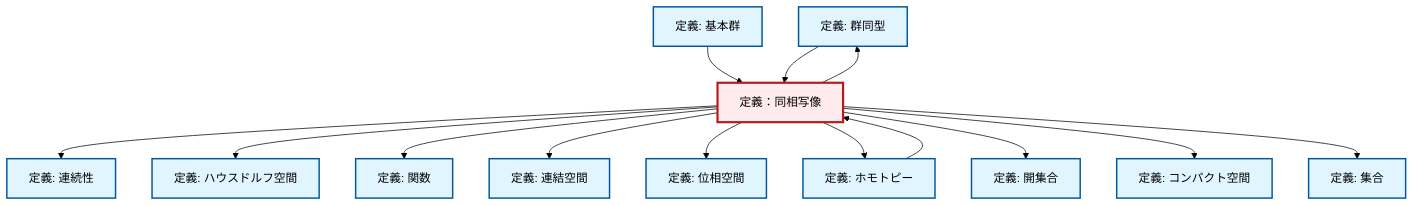
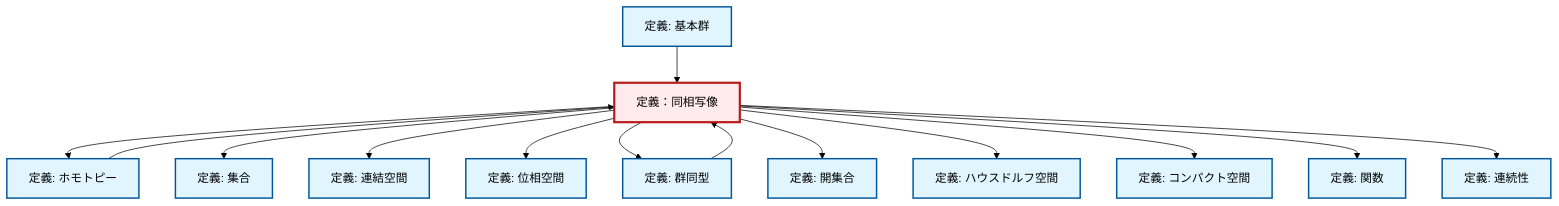
Before and after one commit to RK0429/ModernMath: the diagram in content/ja/topology/def-homeomorphism.qmd, drawn with Mermaid (forest theme). The commit also changed 672 other files, not shown here.

````diff
--- a/content/ja/topology/def-homeomorphism.qmd
+++ b/content/ja/topology/def-homeomorphism.qmd
@@ -104,46 +104,46 @@
 ```{mermaid}
-%%| fig-cap: "Local dependency graph"
+%%| fig-cap: "ローカル依存関係グラフ"
 graph TD
     classDef definition fill:#e1f5fe,stroke:#01579b,stroke-width:2px
     classDef theorem fill:#f3e5f5,stroke:#4a148c,stroke-width:2px
     classDef axiom fill:#fff3e0,stroke:#e65100,stroke-width:2px
     classDef example fill:#e8f5e9,stroke:#1b5e20,stroke-width:2px
     classDef current fill:#ffebee,stroke:#b71c1c,stroke-width:3px
+    def-set["定義: 集合"]:::definition
+    def-topological-space["定義: 位相空間"]:::definition
+    def-compact["定義: コンパクト空間"]:::definition
+    def-homeomorphism["定義：同相写像"]:::definition
     def-isomorphism["定義: 群同型"]:::definition
-    def-fundamental-group["定義: 基本群"]:::definition
-    def-connected["定義: 連結空間"]:::definition
+    def-function["定義: 関数"]:::definition
     def-homotopy["定義: ホモトピー"]:::definition
     def-open-set["定義: 開集合"]:::definition
-    def-set["定義: 集合"]:::definition
-    def-homeomorphism["定義：同相写像"]:::definition
+    def-fundamental-group["定義: 基本群"]:::definition
     def-continuity["定義: 連続性"]:::definition
-    def-function["定義: 関数"]:::definition
-    def-compact["定義: コンパクト空間"]:::definition
-    def-topological-space["定義: 位相空間"]:::definition
     def-hausdorff["定義: ハウスドルフ空間"]:::definition
-    def-homeomorphism --> def-continuity
-    def-homeomorphism --> def-hausdorff
-    def-homeomorphism --> def-function
-    def-fundamental-group --> def-homeomorphism
-    def-homotopy --> def-homeomorphism
+    def-connected["定義: 連結空間"]:::definition
+    def-homeomorphism --> def-homotopy
+    def-homeomorphism --> def-set
     def-isomorphism --> def-homeomorphism
     def-homeomorphism --> def-connected
     def-homeomorphism --> def-topological-space
-    def-homeomorphism --> def-homotopy
     def-homeomorphism --> def-isomorphism
     def-homeomorphism --> def-open-set
+    def-homeomorphism --> def-hausdorff
+    def-fundamental-group --> def-homeomorphism
     def-homeomorphism --> def-compact
-    def-homeomorphism --> def-set
+    def-homotopy --> def-homeomorphism
+    def-homeomorphism --> def-function
+    def-homeomorphism --> def-continuity
     class def-homeomorphism current
+    click def-set "def-set.html" "集合の定義へ"
+    click def-topological-space "def-topological-space.html" "位相空間の定義へ"
+    click def-compact "def-compact.html" "コンパクト空間の定義へ"
     click def-isomorphism "def-isomorphism.html" "群同型の定義へ"
-    click def-fundamental-group "def-fundamental-group.html" "基本群の定義へ"
-    click def-connected "def-connected.html" "連結空間の定義へ"
+    click def-function "def-function.html" "関数の定義へ"
     click def-homotopy "def-homotopy.html" "ホモトピーの定義へ"
     click def-open-set "def-open-set.html" "開集合の定義へ"
-    click def-set "def-set.html" "集合の定義へ"
+    click def-fundamental-group "def-fundamental-group.html" "基本群の定義へ"
     click def-continuity "def-continuity.html" "連続性の定義へ"
-    click def-function "def-function.html" "関数の定義へ"
-    click def-compact "def-compact.html" "コンパクト空間の定義へ"
-    click def-topological-space "def-topological-space.html" "位相空間の定義へ"
     click def-hausdorff "def-hausdorff.html" "ハウスドルフ空間の定義へ"
+    click def-connected "def-connected.html" "連結空間の定義へ"
 ```
````
